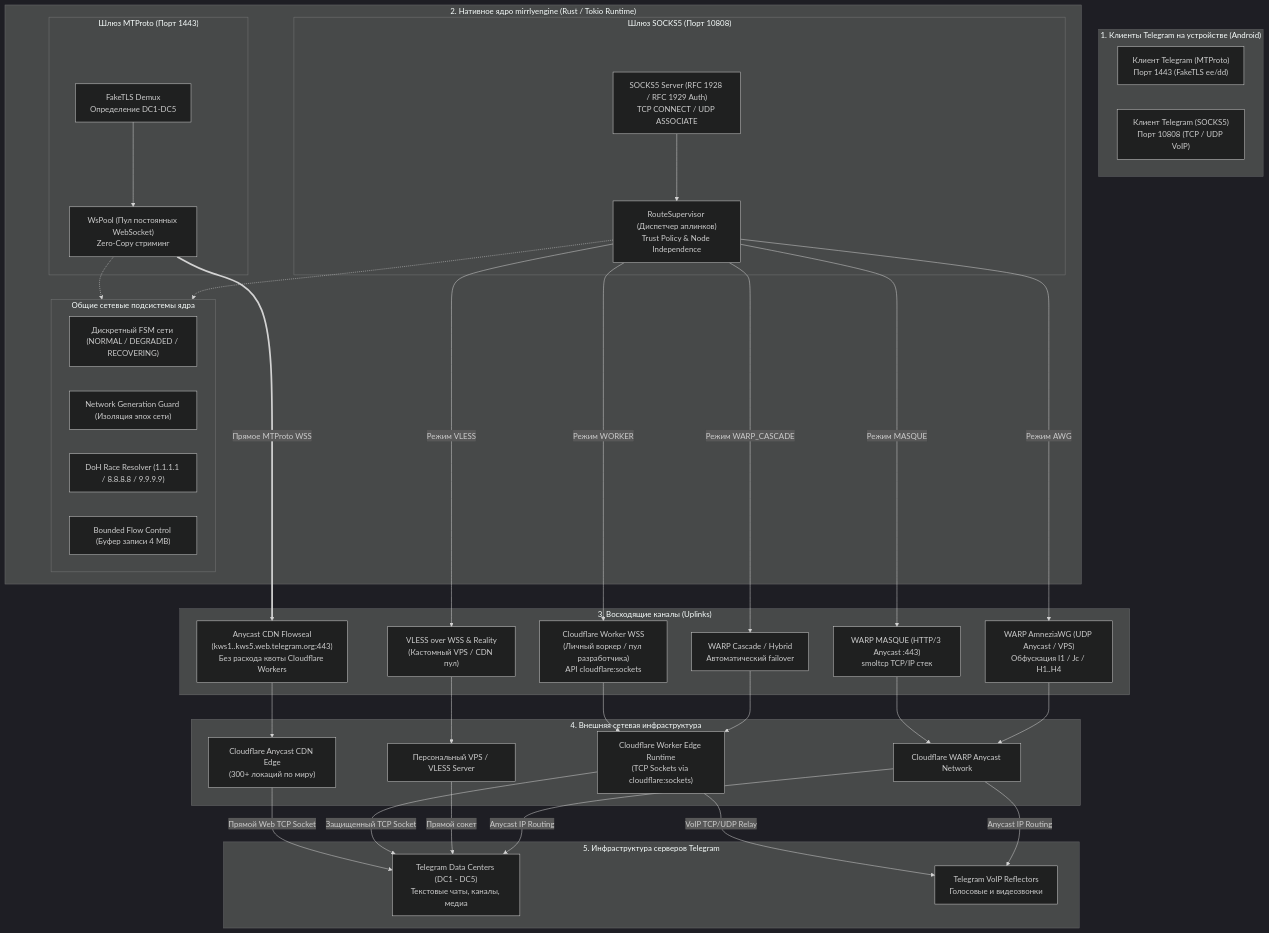
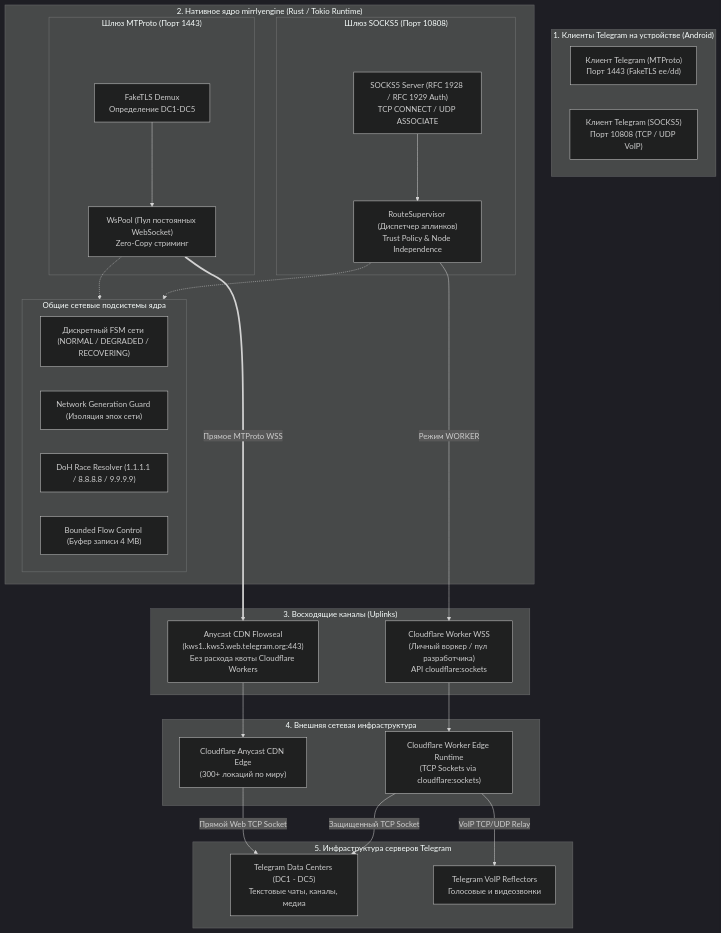
The diagram in README.md (joycecurcirt539-dot/Mirrly-TG-Proxy), drawn with Mermaid (dark theme) before and after one commit. The commit also changed other lines of this file and 47 other files, not shown here.

````diff
--- a/README.md
+++ b/README.md
@@ -218,73 +203,56 @@
 ```mermaid
 flowchart TD
     subgraph ClientLayer ["1. Клиенты Telegram на устройстве (Android)"]
         TG_MTProto["Клиент Telegram (MTProto)<br/>Порт 1443 (FakeTLS ee/dd)"]
         TG_SOCKS5["Клиент Telegram (SOCKS5)<br/>Порт 10808 (TCP / UDP VoIP)"]
     end
 
     subgraph NativeCore ["2. Нативное ядро mirrlyengine (Rust / Tokio Runtime)"]
         subgraph GatewayMTProto ["Шлюз MTProto (Порт 1443)"]
             FakeTLS["FakeTLS Demux<br/>Определение DC1-DC5"]
             WsPool["WsPool (Пул постоянных WebSocket)<br/>Zero-Copy стриминг"]
             FakeTLS --> WsPool
         end
 
         subgraph GatewaySocks ["Шлюз SOCKS5 (Порт 10808)"]
             SocksAuth["SOCKS5 Server (RFC 1928 / RFC 1929 Auth)<br/>TCP CONNECT / UDP ASSOCIATE"]
             Supervisor["RouteSupervisor (Диспетчер аплинков)<br/>Trust Policy & Node Independence"]
             SocksAuth --> Supervisor
         end
 
         subgraph SharedSubsystems ["Общие сетевые подсистемы ядра"]
             FSM["Дискретный FSM сети (NORMAL / DEGRADED / RECOVERING)"]
             GenGuard["Network Generation Guard (Изоляция эпох сети)"]
             DoH["DoH Race Resolver (1.1.1.1 / 8.8.8.8 / 9.9.9.9)"]
             FlowCtrl["Bounded Flow Control (Буфер записи 4 MB)"]
         end
 
         WsPool -.-> SharedSubsystems
         Supervisor -.-> SharedSubsystems
     end
 
     subgraph Uplinks ["3. Восходящие каналы (Uplinks)"]
         Uplink_Anycast_Direct["Anycast CDN Flowseal<br/>(kws1..kws5.web.telegram.org:443)<br/>Без расхода квоты Cloudflare Workers"]
         Uplink_Worker["Cloudflare Worker WSS<br/>(Личный воркер / пул разработчика)<br/>API cloudflare:sockets"]
-        Uplink_Vless["VLESS over WSS & Reality<br/>(Кастомный VPS / CDN пул)"]
-        Uplink_Masque["WARP MASQUE (HTTP/3 Anycast :443)<br/>smoltcp TCP/IP стек"]
-        Uplink_Awg["WARP AmneziaWG (UDP Anycast / VPS)<br/>Обфускация I1 / Jc / H1..H4"]
-        Uplink_Cascade["WARP Cascade / Hybrid<br/>Автоматический failover"]
 
         WsPool ===>|Прямое MTProto WSS| Uplink_Anycast_Direct
         Supervisor -->|Режим WORKER| Uplink_Worker
-        Supervisor -->|Режим VLESS| Uplink_Vless
-        Supervisor -->|Режим MASQUE| Uplink_Masque
-        Supervisor -->|Режим AWG| Uplink_Awg
-        Supervisor -->|Режим WARP_CASCADE| Uplink_Cascade
     end
 
     subgraph Infrastructure ["4. Внешняя сетевая инфраструктура"]
         CF_CDN["Cloudflare Anycast CDN Edge<br/>(300+ локаций по миру)"]
         CF_Worker_Runtime["Cloudflare Worker Edge Runtime<br/>(TCP Sockets via cloudflare:sockets)"]
-        Private_VPS["Персональный VPS / VLESS Server"]
-        WARP_Anycast["Cloudflare WARP Anycast Network"]
 
         Uplink_Anycast_Direct --> CF_CDN
         Uplink_Worker --> CF_Worker_Runtime
-        Uplink_Vless --> Private_VPS
-        Uplink_Masque --> WARP_Anycast
-        Uplink_Awg --> WARP_Anycast
-        Uplink_Cascade --> CF_Worker_Runtime
     end
 
     subgraph TelegramCloud ["5. Инфраструктура серверов Telegram"]
         TG_DC["Telegram Data Centers (DC1 - DC5)<br/>Текстовые чаты, каналы, медиа"]
         TG_VoIP["Telegram VoIP Reflectors<br/>Голосовые и видеозвонки"]
 
         CF_CDN -->|Прямой Web TCP Socket| TG_DC
         CF_Worker_Runtime -->|Защищенный TCP Socket| TG_DC
         CF_Worker_Runtime -->|VoIP TCP/UDP Relay| TG_VoIP
-        Private_VPS -->|Прямой сокет| TG_DC
-        WARP_Anycast -->|Anycast IP Routing| TG_DC
-        WARP_Anycast -->|Anycast IP Routing| TG_VoIP
     end
 ```
````
